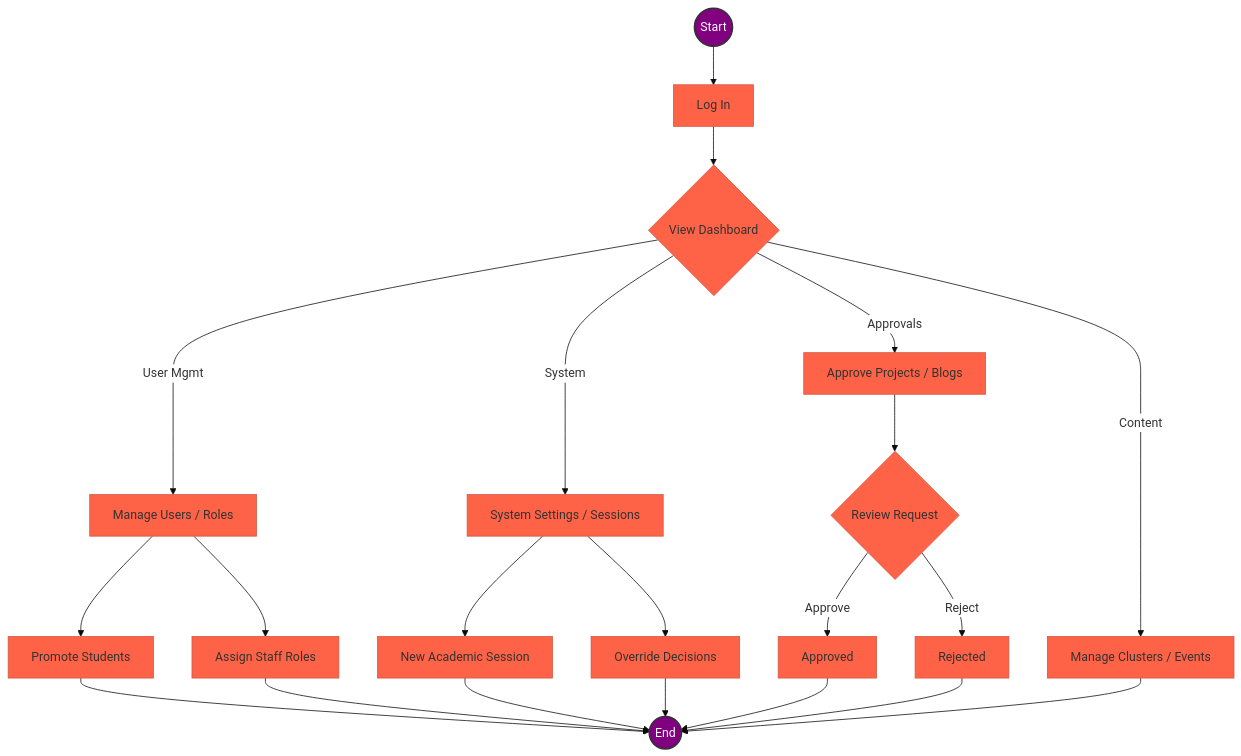
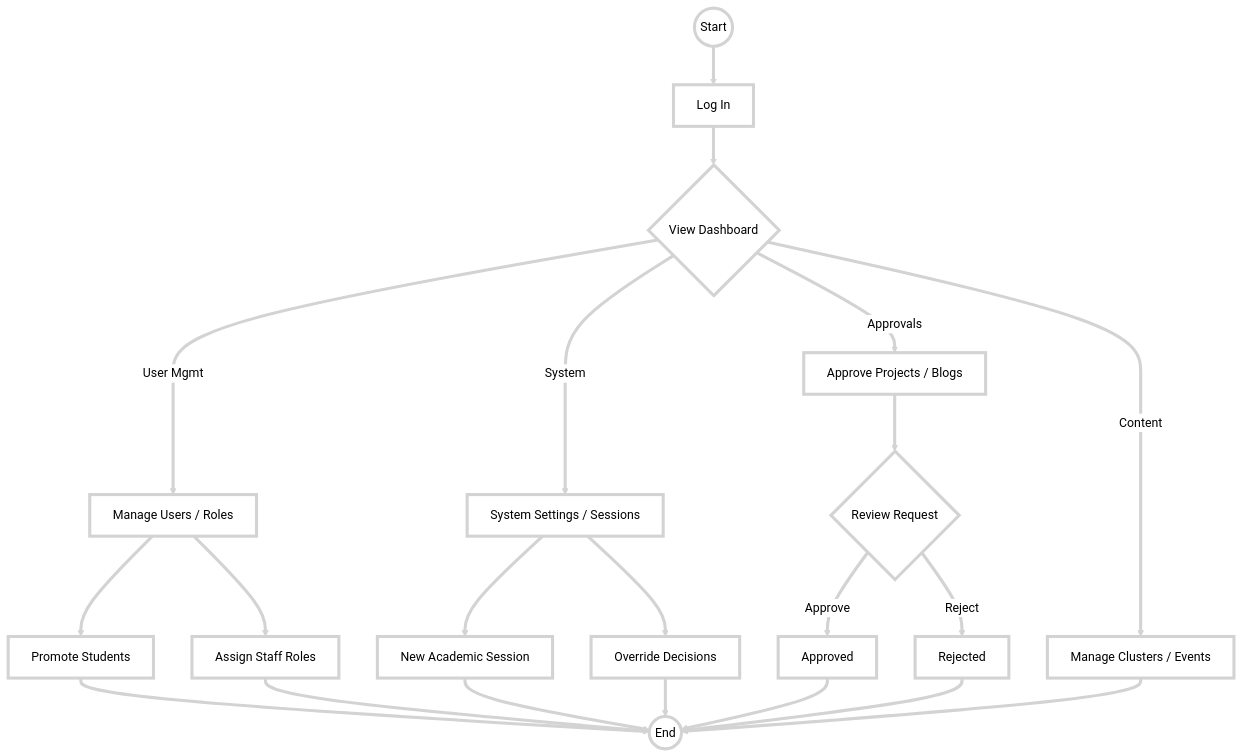
One commit to devstudentspace/fyb.swebuk changed the second of 2 diagrams in app/dashboard/admin/README.md. Above: the diagram before and after it, drawn with Mermaid. The commit also changed 4 other files, not shown here.

Commit message:
Node Fills: Set to pure white (#ffffff).    - Lines (Arrows & Borders): Set to a light grey color (#d3d3d3).    - Thickness: Increased the stroke-width to 4px for all nodes and connecting lines to make them stand      out.

````diff
--- a/app/dashboard/admin/README.md
+++ b/app/dashboard/admin/README.md
@@ -82,32 +82,35 @@
 ```mermaid
-%%{init: {'theme': 'base', 'themeVariables': { 'primaryColor': '#FF6347', 'edgeLabelBackground':'#ffffff', 'tertiaryColor': '#f4f4f4'}}}%%
+%%{init: {'theme': 'base', 'themeVariables': { 'mainBkg': '#ffffff', 'primaryColor': '#ffffff', 'primaryTextColor': '#000000', 'primaryBorderColor': '#d3d3d3', 'lineColor': '#d3d3d3'}}}%%
 flowchart TD
+    classDef default fill:#ffffff,stroke:#d3d3d3,stroke-width:4px,color:#000;
+    linkStyle default stroke:#d3d3d3,stroke-width:4px;
+
     Start((Start)) --> Login[Log In]
     Login --> Dash{View Dashboard}
     
     Dash -->|User Mgmt| ManageUsers[Manage Users / Roles]
     Dash -->|System| SysSettings[System Settings / Sessions]
     Dash -->|Content| ManageContent[Manage Clusters / Events]
     Dash -->|Approvals| Approvals[Approve Projects / Blogs]
     
     ManageUsers --> Promote[Promote Students]
     ManageUsers --> AssignStaff[Assign Staff Roles]
     
     SysSettings --> Sessions[New Academic Session]
     SysSettings --> Override[Override Decisions]
     
     Approvals --> Review{Review Request}
     Review -->|Approve| Approved[Approved]
     Review -->|Reject| Rejected[Rejected]
     
     Promote --> End((End))
     AssignStaff --> End
     Sessions --> End
     Override --> End
     Approved --> End
     Rejected --> End
     ManageContent --> End
     
-    style Start fill:#800080,stroke:#333,stroke-width:2px,color:white
-    style End fill:#800080,stroke:#333,stroke-width:2px,color:white
+    style Start fill:#ffffff,stroke:#d3d3d3,stroke-width:4px
+    style End fill:#ffffff,stroke:#d3d3d3,stroke-width:4px
 ```
````
